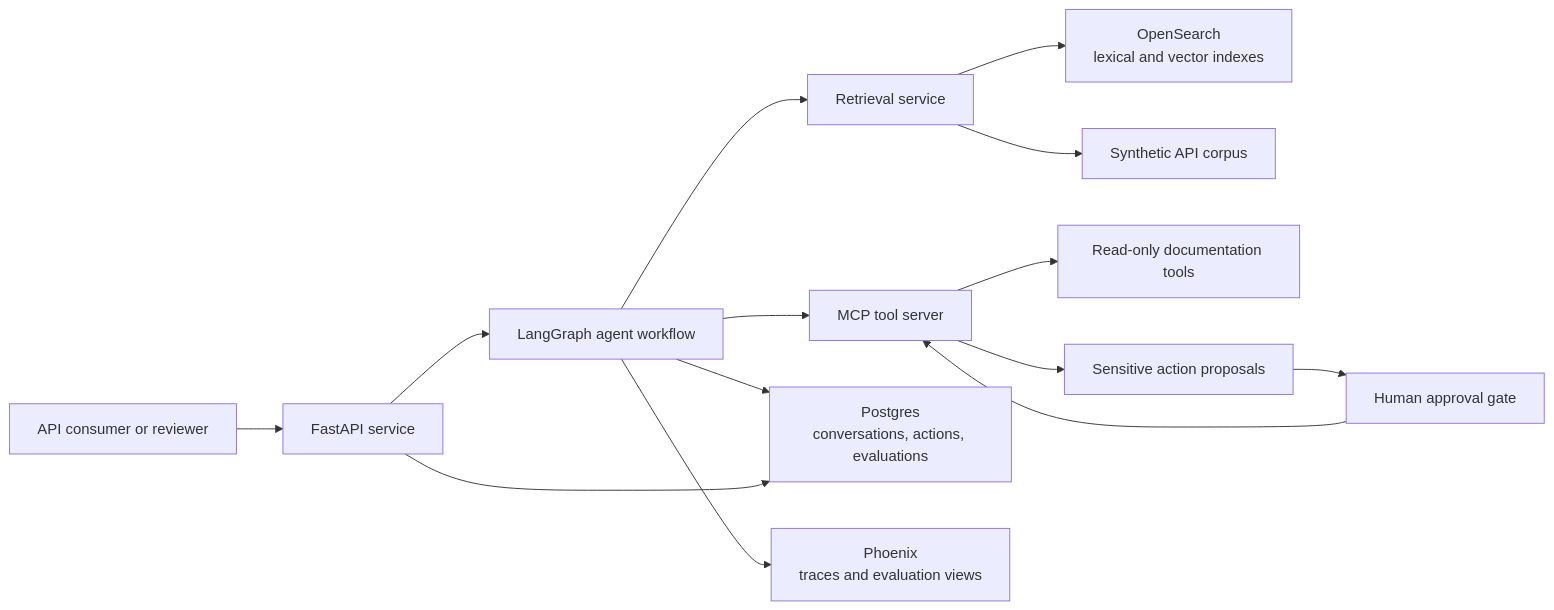
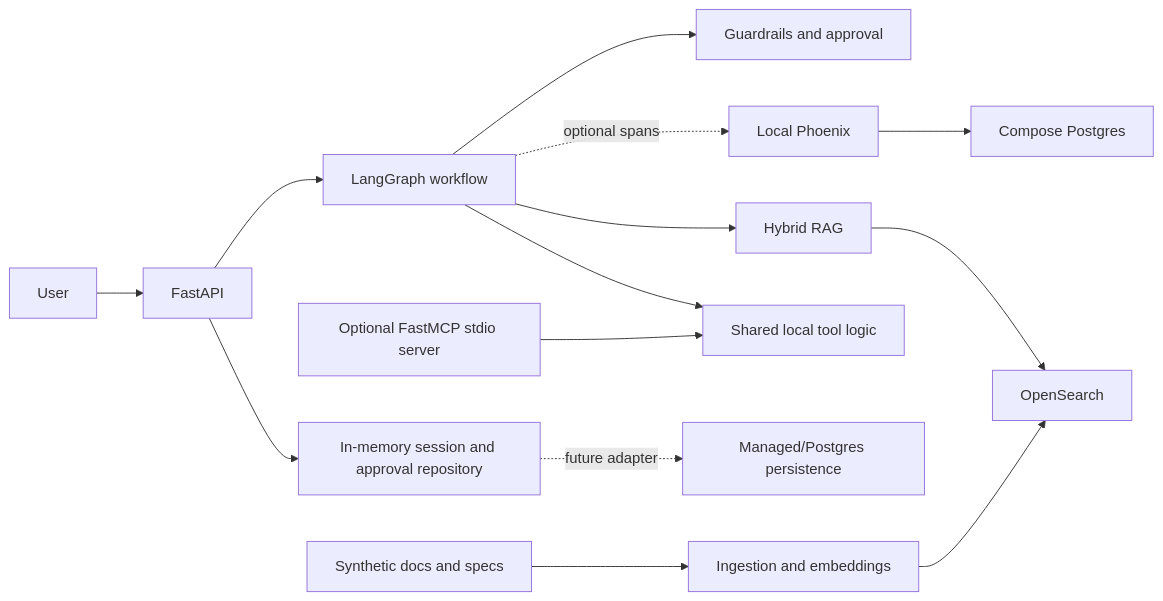
One commit to tonih23/enterprise-api-intelligence-agent changed the first of 2 diagrams in docs/architecture.md. Above: the diagram before and after it, drawn with Mermaid. The commit also changed other lines of this file and 15 other files, not shown here.

````diff
--- a/docs/architecture.md
+++ b/docs/architecture.md
@@ -17,16 +13,16 @@
 ```mermaid
 flowchart LR
-    User["API consumer or reviewer"] --> API["FastAPI service"]
-    API --> Graph["LangGraph agent workflow"]
-    Graph --> RAG["Retrieval service"]
-    RAG --> OS["OpenSearch<br/>lexical and vector indexes"]
-    RAG --> Docs["Synthetic API corpus"]
-    Graph --> MCP["MCP tool server"]
-    MCP --> Read["Read-only documentation tools"]
-    MCP --> Sensitive["Sensitive action proposals"]
-    Sensitive --> Approval["Human approval gate"]
-    Approval --> MCP
-    Graph --> DB["Postgres<br/>conversations, actions, evaluations"]
-    API --> DB
-    Graph --> Phoenix["Phoenix<br/>traces and evaluation views"]
+    User["User"] --> API["FastAPI"]
+    API --> Graph["LangGraph workflow"]
+    Graph --> Guard["Guardrails and approval"]
+    Graph --> RAG["Hybrid RAG"]
+    RAG --> OS["OpenSearch"]
+    Corpus["Synthetic docs and specs"] --> Ingest["Ingestion and embeddings"]
+    Ingest --> OS
+    Graph --> Tools["Shared local tool logic"]
+    MCP["Optional FastMCP stdio server"] --> Tools
+    API --> Repo["In-memory session and approval repository"]
+    Repo -. "future adapter" .-> PG["Managed/Postgres persistence"]
+    Graph -. "optional spans" .-> Phoenix["Local Phoenix"]
+    Phoenix --> LocalPG["Compose Postgres"]
 ```
````
